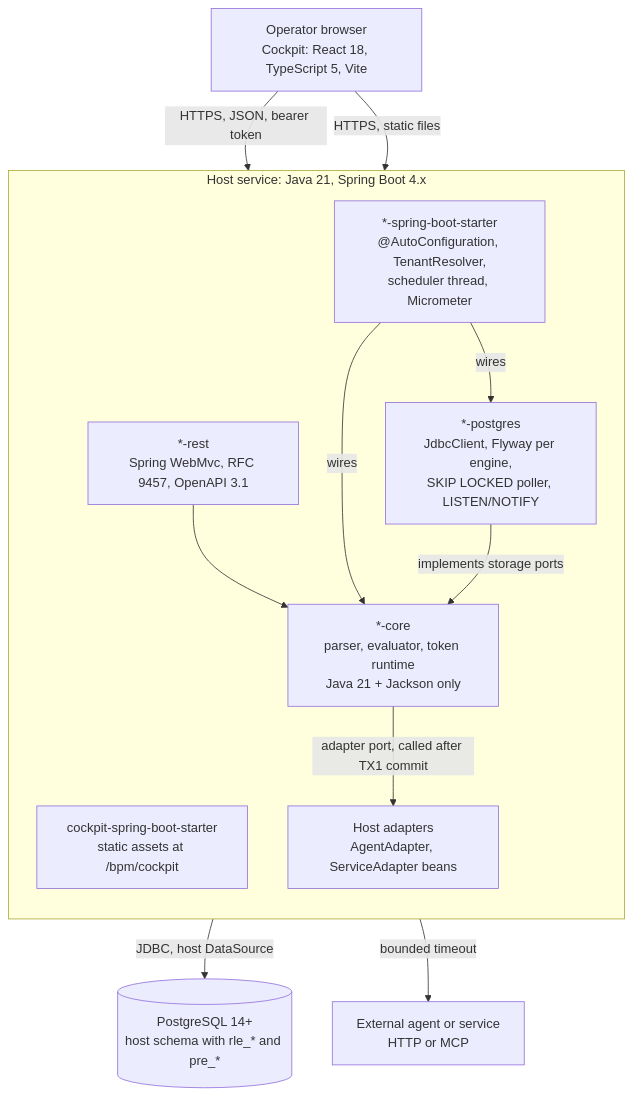
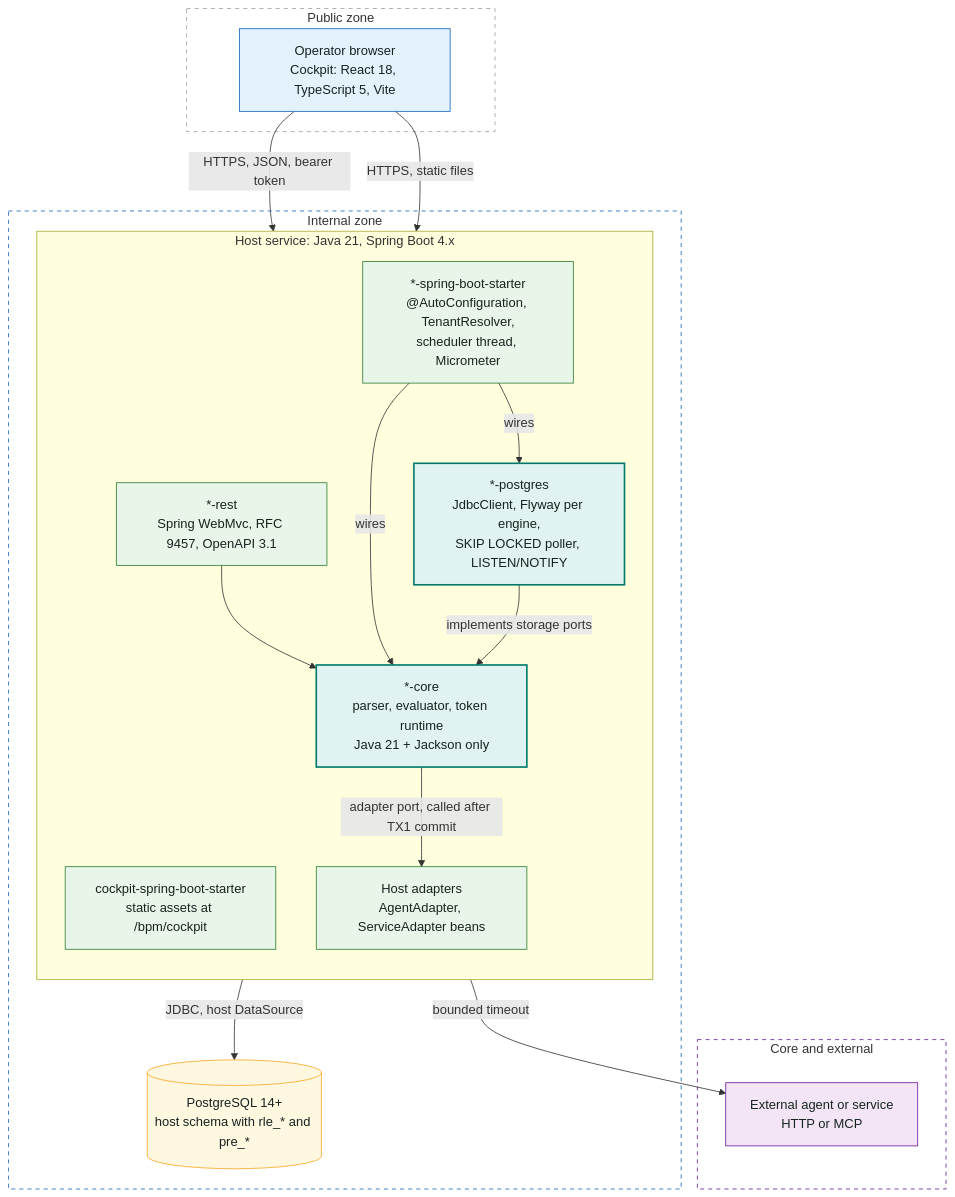
Before and after one commit to dhluong90/horus-Agentic-BPM: the diagram in docs/architecture/diagrams/c4-container.mmd, drawn with Mermaid. The commit also changed 99 other files, not shown here.

First line of the commit message:
docs(wiki): shared diagram palette, 4-zone views, cockpit diagrams and evaluator pages

```diff
--- a/docs/architecture/diagrams/c4-container.mmd
+++ b/docs/architecture/diagrams/c4-container.mmd
@@ -1,23 +1,44 @@
 flowchart TB
-  Browser["Operator browser<br/>Cockpit: React 18, TypeScript 5, Vite"]
+  subgraph Public["Public zone"]
+    Browser["Operator browser<br/>Cockpit: React 18, TypeScript 5, Vite"]
+  end
+  subgraph Internal["Internal zone"]
   subgraph JVM["Host service: Java 21, Spring Boot 4.x"]
     direction TB
     CockpitStarter["cockpit-spring-boot-starter<br/>static assets at /bpm/cockpit"]
     RESTc["*-rest<br/>Spring WebMvc, RFC 9457, OpenAPI 3.1"]
     Starter["*-spring-boot-starter<br/>@AutoConfiguration, TenantResolver,<br/>scheduler thread, Micrometer"]
     Core["*-core<br/>parser, evaluator, token runtime<br/>Java 21 + Jackson only"]
     PG["*-postgres<br/>JdbcClient, Flyway per engine,<br/>SKIP LOCKED poller, LISTEN/NOTIFY"]
     Adapters["Host adapters<br/>AgentAdapter, ServiceAdapter beans"]
   end
   DB[("PostgreSQL 14+<br/>host schema with rle_* and pre_*")]
-  Ext["External agent or service<br/>HTTP or MCP"]
+  end
+  subgraph External["Core and external"]
+    Ext["External agent or service<br/>HTTP or MCP"]
+  end
 
   Browser -->|"HTTPS, JSON, bearer token"| RESTc
   Browser -->|"HTTPS, static files"| CockpitStarter
   RESTc --> Core
   Starter -->|"wires"| Core
   Starter -->|"wires"| PG
   PG -->|"implements storage ports"| Core
   PG -->|"JDBC, host DataSource"| DB
   Core -->|"adapter port, called after TX1 commit"| Adapters
   Adapters -->|"bounded timeout"| Ext
+
+  classDef client fill:#E3F2FD,stroke:#1565C0,color:#16231F
+  classDef host fill:#E8F5E9,stroke:#2E7D32,color:#16231F
+  classDef engine fill:#E0F2F1,stroke:#00796B,stroke-width:2px,color:#16231F
+  classDef db fill:#FFF8E1,stroke:#F9A825,color:#16231F
+  classDef external fill:#F3E5F5,stroke:#6A1B9A,color:#16231F
+  classDef obs fill:#ECEFF1,stroke:#546E7A,color:#16231F
+  class Browser client
+  class CockpitStarter,RESTc,Starter,Adapters host
+  class Core,PG engine
+  class DB db
+  class Ext external
+  style Public fill:none,stroke:#9E9E9E,stroke-dasharray:5 5
+  style Internal fill:none,stroke:#1565C0,stroke-dasharray:5 5
+  style External fill:none,stroke:#6A1B9A,stroke-dasharray:5 5
```
